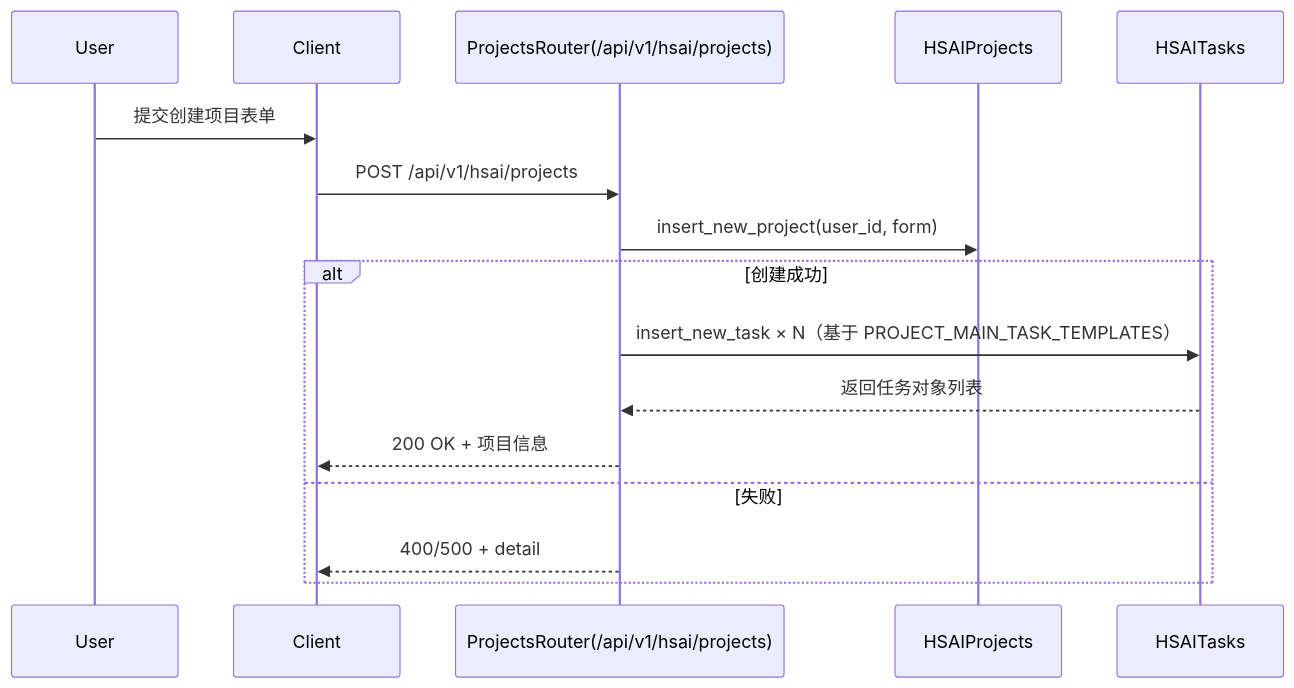
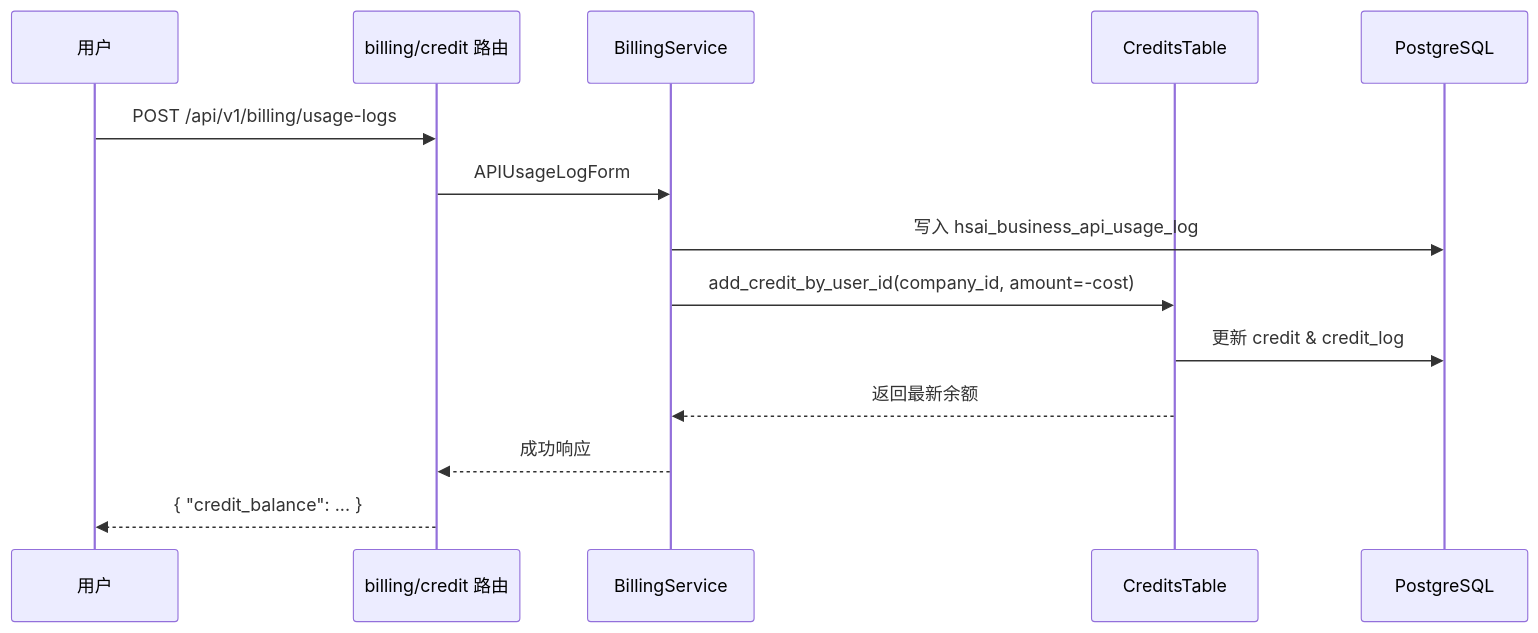
The second of 3 diagrams in PROJECTWIKI.md (Cokefish9527/open-webui), drawn with Mermaid before and after one commit. The commit also changed other lines of this file and 11 other files, not shown here.

````diff
--- a/PROJECTWIKI.md
+++ b/PROJECTWIKI.md
@@ -102,19 +38,17 @@
 ```mermaid
 sequenceDiagram
-  participant U as User
-  participant C as Client
-  participant R as ProjectsRouter(/api/v1/hsai/projects)
-  participant P as HSAIProjects
-  participant T as HSAITasks
+  participant U as 用户
+  participant Router as billing/credit 路由
+  participant Service as BillingService
+  participant Credits as CreditsTable
+  participant DB as PostgreSQL
 
-  U->>C: 提交创建项目表单
-  C->>R: POST /api/v1/hsai/projects
-  R->>P: insert_new_project(user_id, form)
-  alt 创建成功
-    R->>T: insert_new_task × N（基于 PROJECT_MAIN_TASK_TEMPLATES）
-    T-->>R: 返回任务对象列表
-    R-->>C: 200 OK + 项目信息
-  else 失败
-    R-->>C: 400/500 + detail
-  end
+  U->>Router: POST /api/v1/billing/usage-logs
+  Router->>Service: APIUsageLogForm
+  Service->>DB: 写入 hsai_business_api_usage_log
+  Service->>Credits: add_credit_by_user_id(company_id, amount=-cost)
+  Credits->>DB: 更新 credit & credit_log
+  Credits-->>Service: 返回最新余额
+  Service-->>Router: 成功响应
+  Router-->>U: { "credit_balance": ... }
 ```
````
